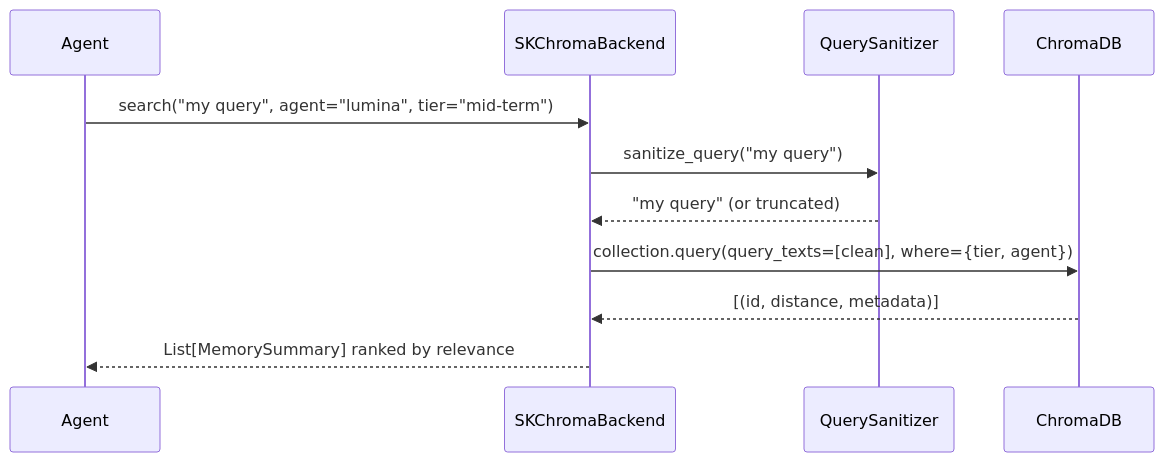
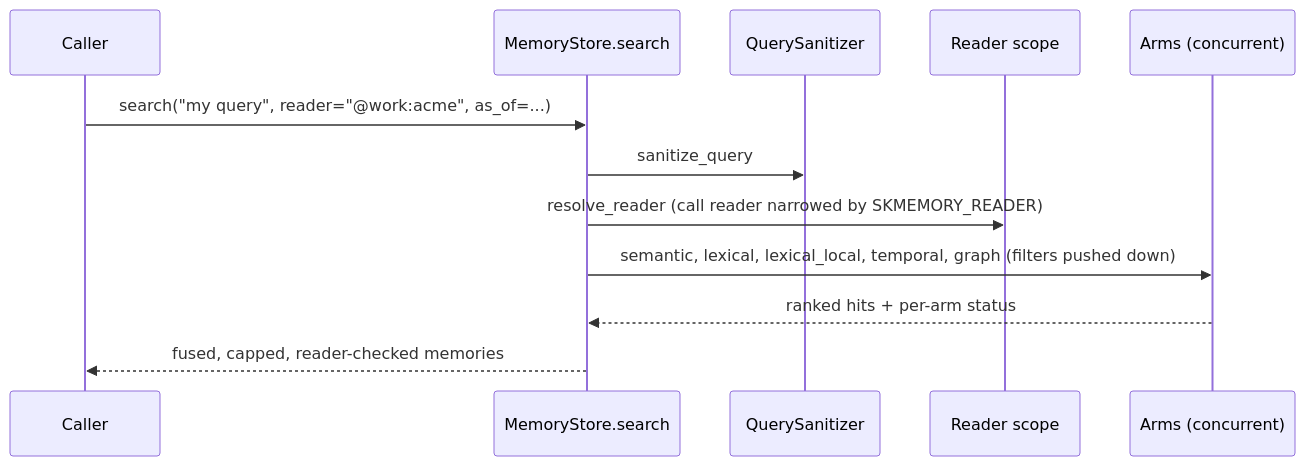
The fifth of 13 diagrams in docs/ARCHITECTURE.md (smilinTux/skmemory), drawn with Mermaid before and after one commit. The commit also changed other lines of this file and 16 other files, not shown here.

First line of the commit message:
docs: truth pass over SKILL.md, README, SOP, ARCHITECTURE and the two-tier stack (SKMEM-P0-09, P5-06, P2-07)

````diff
--- a/docs/ARCHITECTURE.md
+++ b/docs/ARCHITECTURE.md
@@ -416,14 +378,15 @@
 ```mermaid
 sequenceDiagram
-    participant A as Agent
-    participant SC as SKChromaBackend
+    participant A as Caller
+    participant S as MemoryStore.search
     participant QS as QuerySanitizer
-    participant CHR as ChromaDB
+    participant R as Reader scope
+    participant Arms as Arms (concurrent)
 
-    A->>SC: search("my query", agent="lumina", tier="mid-term")
-    SC->>QS: sanitize_query("my query")
-    QS-->>SC: "my query" (or truncated)
-    SC->>CHR: collection.query(query_texts=[clean], where={tier, agent})
-    CHR-->>SC: [(id, distance, metadata)]
-    SC-->>A: List[MemorySummary] ranked by relevance
+    A->>S: search("my query", reader="@work:acme", as_of=...)
+    S->>QS: sanitize_query
+    S->>R: resolve_reader (call reader narrowed by SKMEMORY_READER)
+    S->>Arms: semantic, lexical, lexical_local, temporal, graph (filters pushed down)
+    Arms-->>S: ranked hits + per-arm status
+    S-->>A: fused, capped, reader-checked memories
 ```
````
